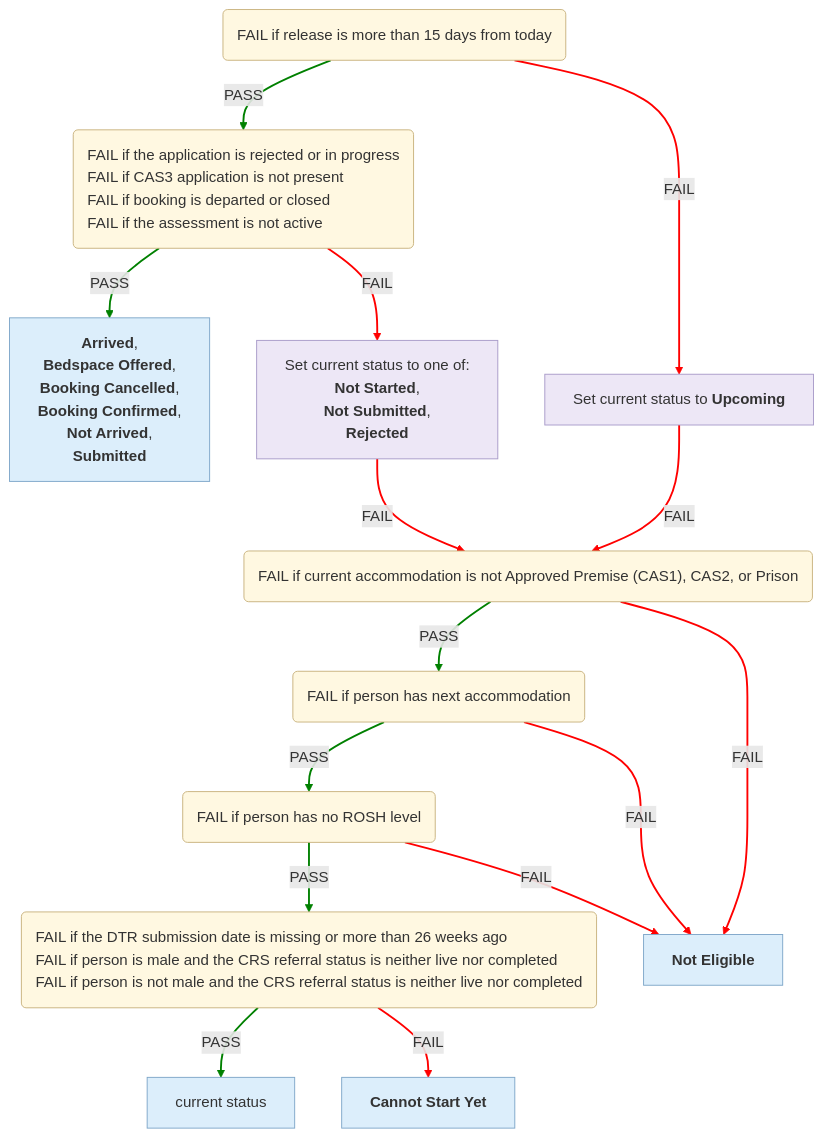
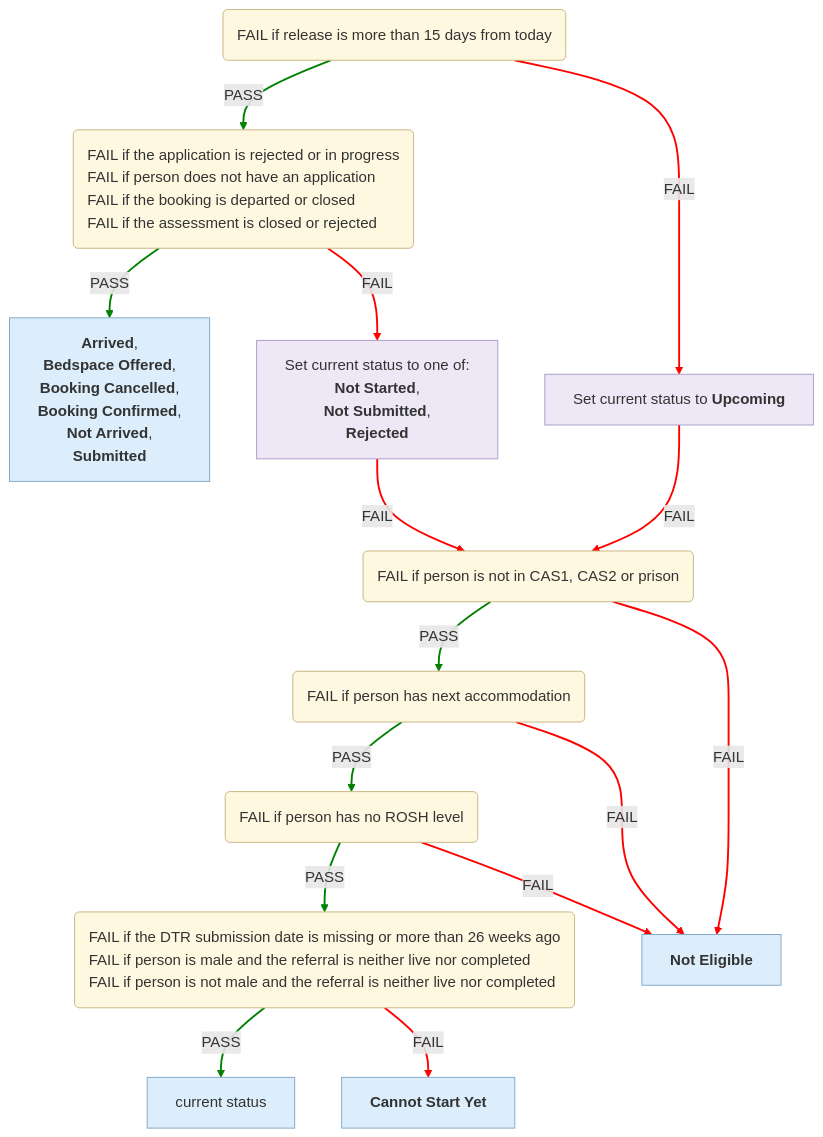
The third of 6 diagrams in docs/eligibility-rules-graph.md (ministryofjustice/hmpps-single-accommodation-service-api), drawn with Mermaid before and after one commit. The commit also changed other lines of this file and 15 other files, not shown here.

````diff
--- a/docs/eligibility-rules-graph.md
+++ b/docs/eligibility-rules-graph.md
@@ -284,51 +284,51 @@
 ```mermaid
 %%{init: {"flowchart": {"wrappingWidth": 800}}}%%
 flowchart TD
   Upcoming("<div style='text-align:left'>FAIL if release is more than 15 days from today</div>")
   Suitability("<div style='text-align:left'>FAIL if the application is rejected or in progress
-FAIL if CAS3 application is not present
-FAIL if booking is departed or closed
-FAIL if the assessment is not active</div>")
+FAIL if person does not have an application
+FAIL if the booking is departed or closed
+FAIL if the assessment is closed or rejected</div>")
   outcome_Cas3CompletionContextUpdater["<b>Arrived</b>,
  <b>Bedspace Offered</b>,
  <b>Booking Cancelled</b>,
  <b>Booking Confirmed</b>,
  <b>Not Arrived</b>,
  <b>Submitted</b>"]
   updater_Cas3SuitabilityContextUpdater["Set current status to one of:
 <b>Not Started</b>,
  <b>Not Submitted</b>,
  <b>Rejected</b>"]
-  Eligibility_Current_Accommodation("<div style='text-align:left'>FAIL if current accommodation is not Approved Premise (CAS1), CAS2, or Prison</div>")
+  Eligibility_Current_Accommodation("<div style='text-align:left'>FAIL if person is not in CAS1, CAS2 or prison</div>")
   Eligibility_Next_Accommodation("<div style='text-align:left'>FAIL if person has next accommodation</div>")
   Eligibility_Rosh("<div style='text-align:left'>FAIL if person has no ROSH level</div>")
   Prerequisite("<div style='text-align:left'>FAIL if the DTR submission date is missing or more than 26 weeks ago
-FAIL if person is male and the CRS referral status is neither live nor completed
-FAIL if person is not male and the CRS referral status is neither live nor completed</div>")
+FAIL if person is male and the referral is neither live nor completed
+FAIL if person is not male and the referral is neither live nor completed</div>")
   confirmed["current status"]
   outcome_Cas3PrerequisiteContextUpdater["<b>Cannot Start Yet</b>"]
   CAS3_NOT_ELIGIBLE["<b>Not Eligible</b>"]
   updater_Cas3UpcomingContextUpdater["Set current status to <b>Upcoming</b>"]
   Suitability -->|PASS| outcome_Cas3CompletionContextUpdater
   Suitability -->|FAIL| updater_Cas3SuitabilityContextUpdater
   Prerequisite -->|PASS| confirmed
   Prerequisite -->|FAIL| outcome_Cas3PrerequisiteContextUpdater
   Eligibility_Rosh -->|PASS| Prerequisite
   Eligibility_Rosh -->|FAIL| CAS3_NOT_ELIGIBLE
   Eligibility_Next_Accommodation -->|PASS| Eligibility_Rosh
   Eligibility_Next_Accommodation -->|FAIL| CAS3_NOT_ELIGIBLE
   Eligibility_Current_Accommodation -->|PASS| Eligibility_Next_Accommodation
   Eligibility_Current_Accommodation -->|FAIL| CAS3_NOT_ELIGIBLE
   updater_Cas3SuitabilityContextUpdater -->|FAIL| Eligibility_Current_Accommodation
   Upcoming -->|PASS| Suitability
   Upcoming -->|FAIL| updater_Cas3UpcomingContextUpdater
   updater_Cas3UpcomingContextUpdater -->|FAIL| Eligibility_Current_Accommodation
   linkStyle 0,2,4,6,8,11 stroke:green,stroke-width:2px
   linkStyle 1,3,5,7,9,10,12,13 stroke:red,stroke-width:2px
   classDef ruleSetNode fill:#FFF8E1,stroke:#C9B37E,color:#333
   classDef outcomeNode fill:#DCEEFB,stroke:#7FA7C9,color:#333
   classDef updaterNode fill:#EDE7F6,stroke:#A99BC9,color:#333
   class Upcoming,Suitability,Eligibility_Current_Accommodation,Eligibility_Next_Accommodation,Eligibility_Rosh,Prerequisite ruleSetNode
   class outcome_Cas3CompletionContextUpdater,confirmed,outcome_Cas3PrerequisiteContextUpdater,CAS3_NOT_ELIGIBLE outcomeNode
   class updater_Cas3SuitabilityContextUpdater,updater_Cas3UpcomingContextUpdater updaterNode
 ```
````
